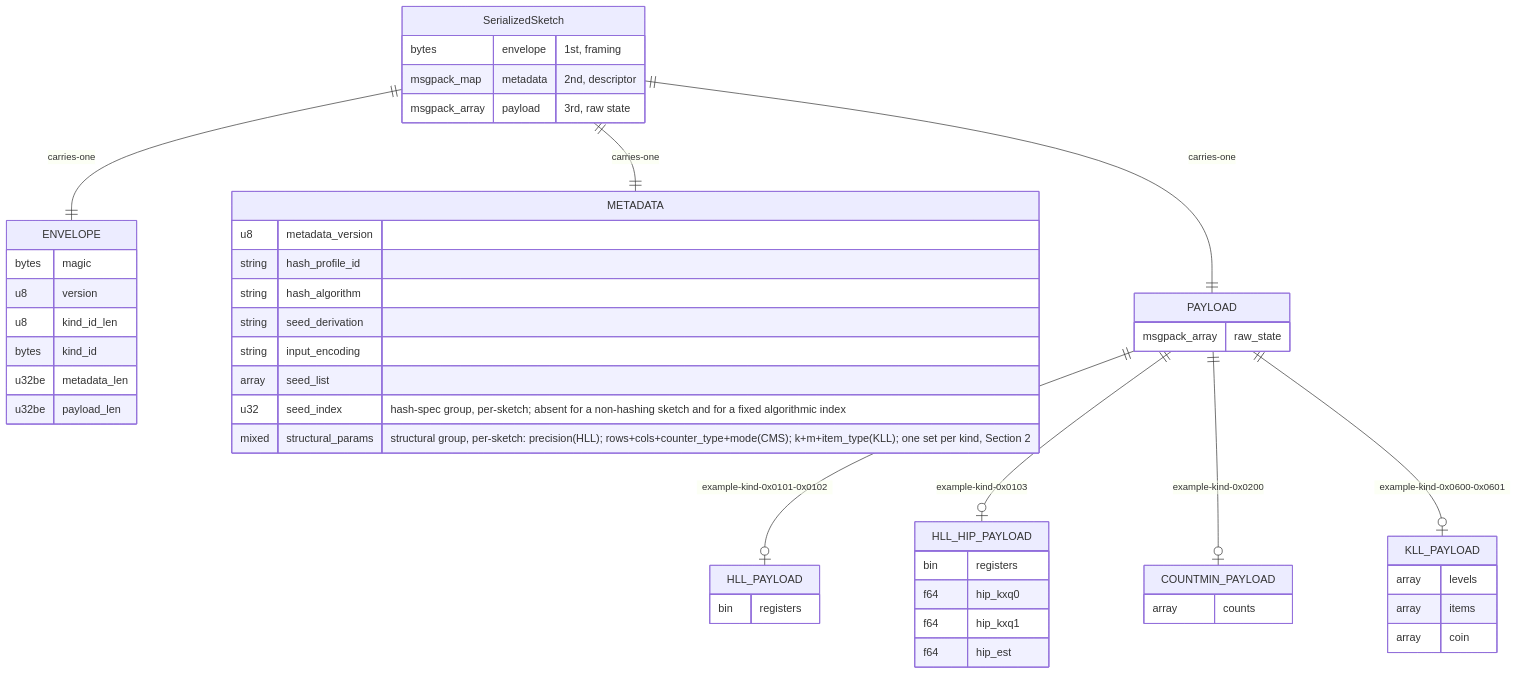
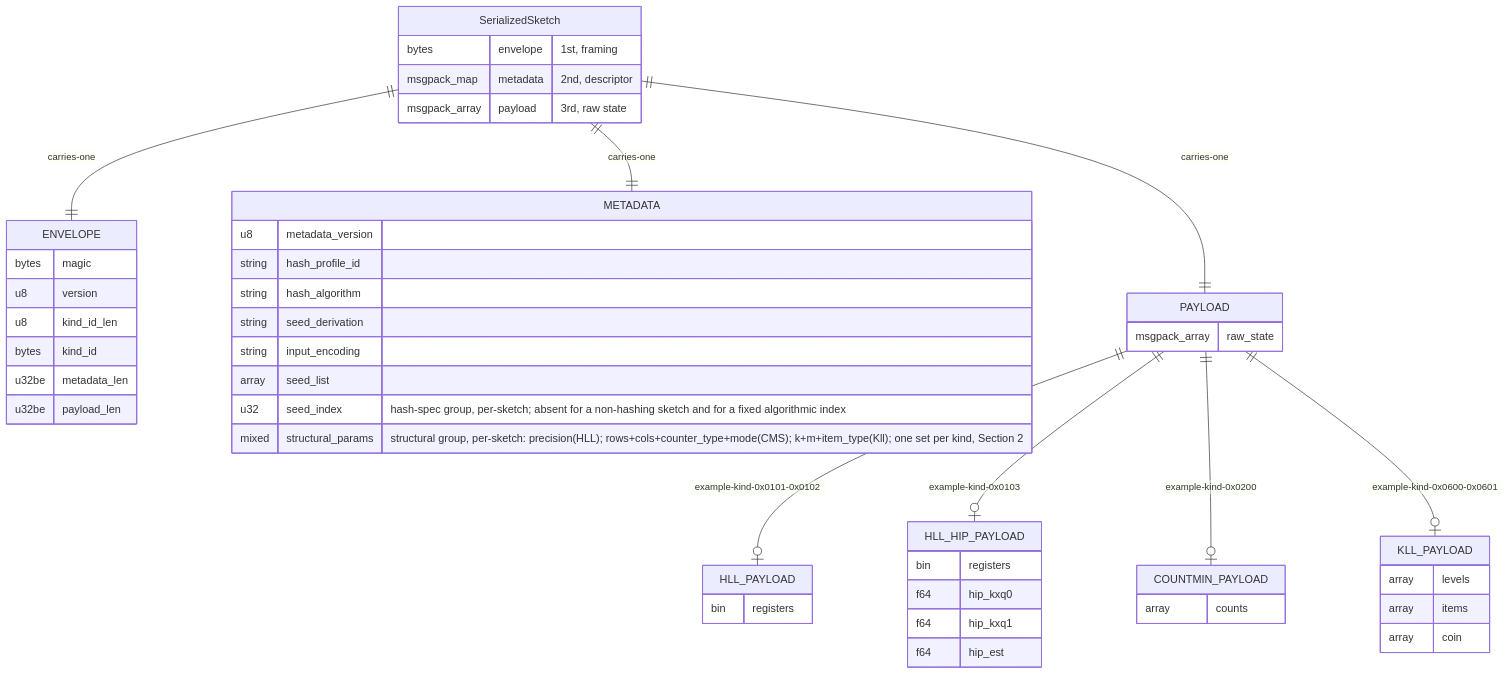
One commit to ProjectASAP/asap_sketchlib changed the diagram in docs/asapv1_wire_format.md. Above: the diagram before and after it, drawn with Mermaid. The commit also changed other lines of this file and 224 other files, not shown here.

````diff
--- a/docs/asapv1_wire_format.md
+++ b/docs/asapv1_wire_format.md
@@ -65,53 +65,53 @@
 ```mermaid
 erDiagram
     SerializedSketch {
         bytes envelope "1st, framing"
         msgpack_map metadata "2nd, descriptor"
         msgpack_array payload "3rd, raw state"
     }
     SerializedSketch ||--|| ENVELOPE : carries-one
     SerializedSketch ||--|| METADATA : carries-one
     SerializedSketch ||--|| PAYLOAD : carries-one
     PAYLOAD ||--o| HLL_PAYLOAD : example-kind-0x0101-0x0102
     PAYLOAD ||--o| HLL_HIP_PAYLOAD : example-kind-0x0103
     PAYLOAD ||--o| COUNTMIN_PAYLOAD : example-kind-0x0200
     PAYLOAD ||--o| KLL_PAYLOAD : example-kind-0x0600-0x0601
     ENVELOPE {
         bytes magic
         u8 version
         u8 kind_id_len
         bytes kind_id
         u32be metadata_len
         u32be payload_len
     }
     METADATA {
         u8 metadata_version
         string hash_profile_id
         string hash_algorithm
         string seed_derivation
         string input_encoding
         array seed_list
         u32 seed_index "hash-spec group, per-sketch; absent for a non-hashing sketch and for a fixed algorithmic index"
-        mixed structural_params "structural group, per-sketch: precision(HLL); rows+cols+counter_type+mode(CMS); k+m+item_type(KLL); one set per kind, Section 2"
+        mixed structural_params "structural group, per-sketch: precision(HLL); rows+cols+counter_type+mode(CMS); k+m+item_type(Kll); one set per kind, Section 2"
     }
     PAYLOAD {
         msgpack_array raw_state
     }
     HLL_PAYLOAD {
         bin registers
     }
     HLL_HIP_PAYLOAD {
         bin registers
         f64 hip_kxq0
         f64 hip_kxq1
         f64 hip_est
     }
     COUNTMIN_PAYLOAD {
         array counts
     }
     KLL_PAYLOAD {
         array levels
         array items
         array coin
     }
 ```
````
